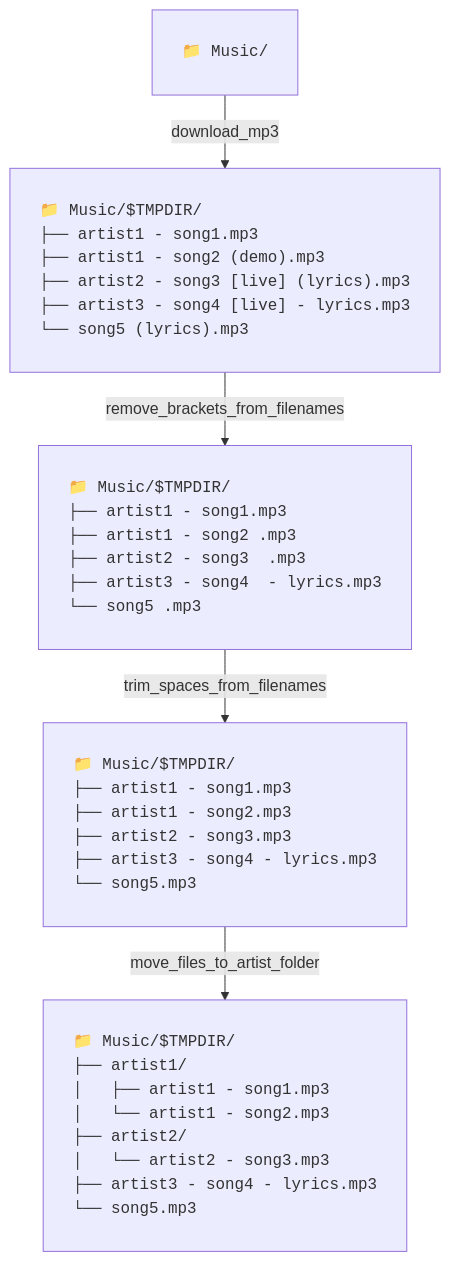
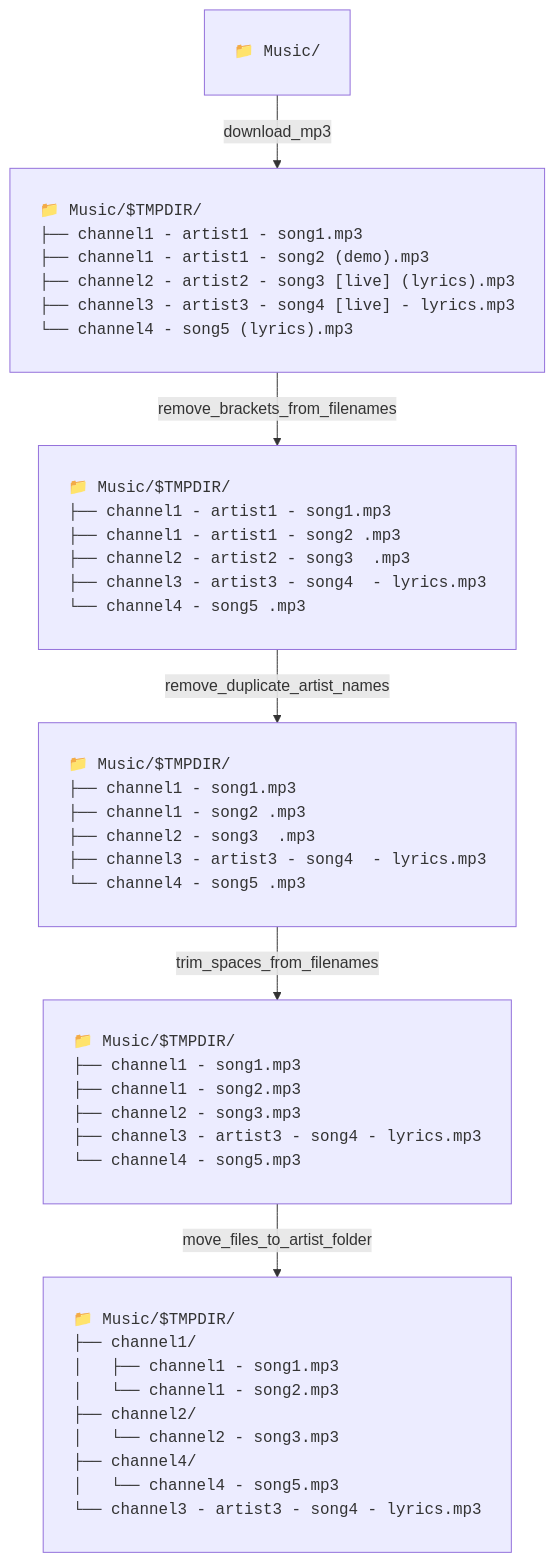
Before and after one commit to NRV2ouf/mp3-toolings: the diagram in README.md, drawn with Mermaid. The commit also changed 3 other files, not shown here.

Commit message:
feat: handle artist duplication in filenames

````diff
--- a/README.md
+++ b/README.md
@@ -15,51 +15,62 @@
 ```mermaid
 flowchart TD
   Empty --> |download_mp3| Downloaded
   Downloaded --> |remove_brackets_from_filenames| Pairless
-  Pairless --> |trim_spaces_from_filenames| SpaceTrimmed
+  Pairless --> |remove_duplicate_artist_names| DuplicateLess
+  DuplicateLess --> |trim_spaces_from_filenames| SpaceTrimmed
   SpaceTrimmed --> |move_files_to_artist_folder| Sorted
 
 classDef leftAlign text-align:left, font-family:monospace;
 
 Empty["<pre>
 📁 Music/
 </pre>"]:::leftAlign
 
 Downloaded["<pre>
 📁 Music/$TMPDIR/
-├── artist1 - song1.mp3
-├── artist1 - song2 (demo).mp3
-├── artist2 - song3 [live] (lyrics).mp3
-├── artist3 - song4 [live] - lyrics.mp3
-└── song5 (lyrics).mp3
+├── channel1 - artist1 - song1.mp3
+├── channel1 - artist1 - song2 (demo).mp3
+├── channel2 - artist2 - song3 [live] (lyrics).mp3
+├── channel3 - artist3 - song4 [live] - lyrics.mp3
+└── channel4 - song5 (lyrics).mp3
 </pre>"]:::leftAlign
 
 Pairless["<pre>
 📁 Music/$TMPDIR/
-├── artist1 - song1.mp3
-├── artist1 - song2 .mp3
-├── artist2 - song3  .mp3
-├── artist3 - song4  - lyrics.mp3
-└── song5 .mp3
+├── channel1 - artist1 - song1.mp3
+├── channel1 - artist1 - song2 .mp3
+├── channel2 - artist2 - song3  .mp3
+├── channel3 - artist3 - song4  - lyrics.mp3
+└── channel4 - song5 .mp3
+</pre>"]:::leftAlign
+
+DuplicateLess["<pre>
+📁 Music/$TMPDIR/
+├── channel1 - song1.mp3
+├── channel1 - song2 .mp3
+├── channel2 - song3  .mp3
+├── channel3 - artist3 - song4  - lyrics.mp3
+└── channel4 - song5 .mp3
 </pre>"]:::leftAlign
 
 SpaceTrimmed["<pre>
 📁 Music/$TMPDIR/
-├── artist1 - song1.mp3
-├── artist1 - song2.mp3
-├── artist2 - song3.mp3
-├── artist3 - song4 - lyrics.mp3
-└── song5.mp3
+├── channel1 - song1.mp3
+├── channel1 - song2.mp3
+├── channel2 - song3.mp3
+├── channel3 - artist3 - song4 - lyrics.mp3
+└── channel4 - song5.mp3
 </pre>"]:::leftAlign
 
 Sorted["<pre>
 📁 Music/$TMPDIR/
-├── artist1/
-│   ├── artist1 - song1.mp3
-│   └── artist1 - song2.mp3
-├── artist2/
-│   └── artist2 - song3.mp3
-├── artist3 - song4 - lyrics.mp3
-└── song5.mp3
+├── channel1/
+│   ├── channel1 - song1.mp3
+│   └── channel1 - song2.mp3
+├── channel2/
+│   └── channel2 - song3.mp3
+├── channel4/
+│   └── channel4 - song5.mp3
+└── channel3 - artist3 - song4 - lyrics.mp3
 </pre>"]:::leftAlign
 ```
````
